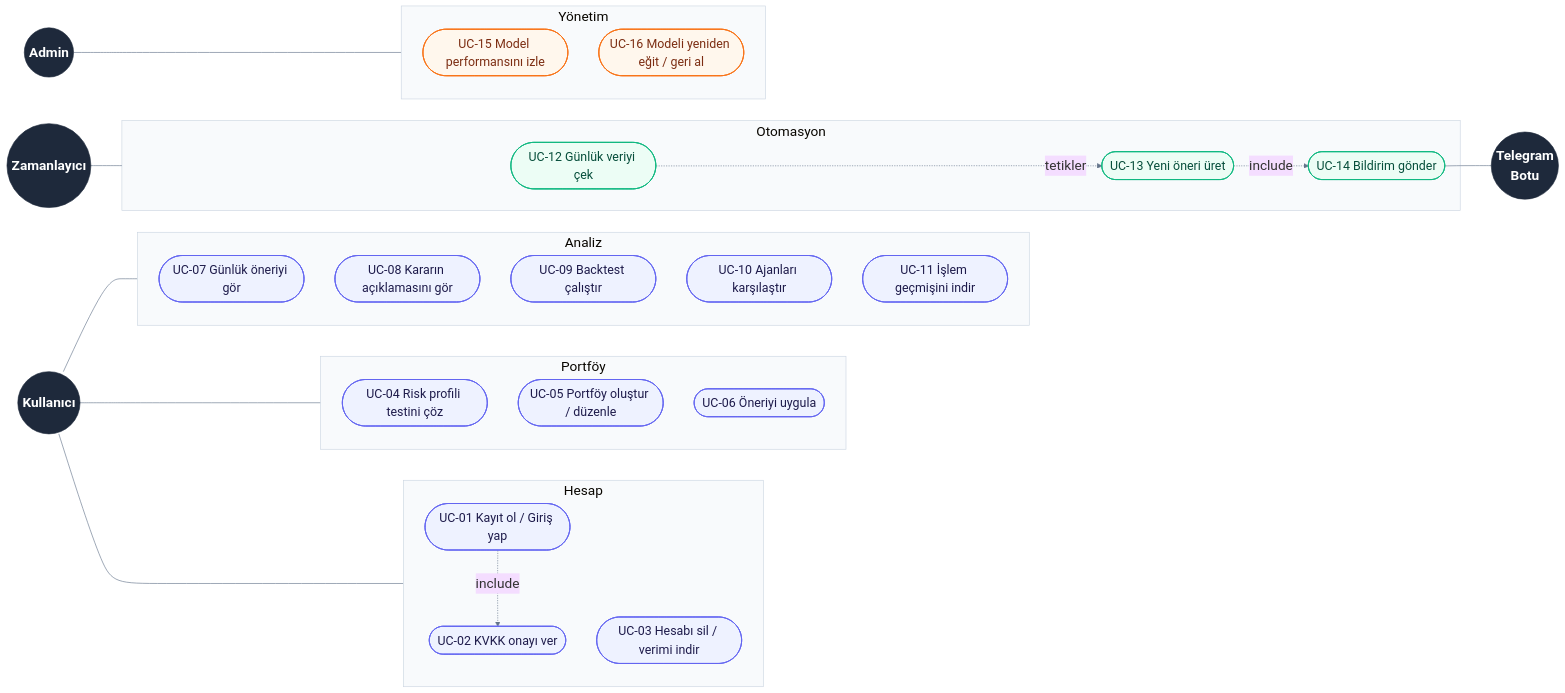
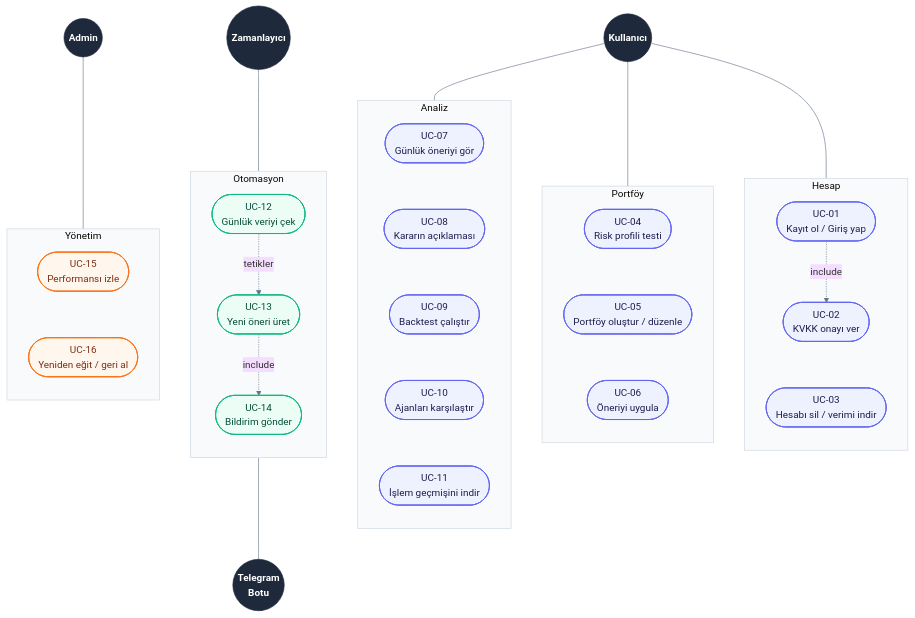
The diagram in docs/diagrams/use_case.md (isambais/portfoyai), drawn with Mermaid before and after one commit.

Commit message:
docs: make use case diagram compact

````diff
--- a/docs/diagrams/use_case.md
+++ b/docs/diagrams/use_case.md
@@ -9,64 +9,74 @@
 ```mermaid
-%%{init: {'theme':'base', 'themeVariables': {'fontSize':'22px', 'fontFamily':'Arial', 'lineColor':'#64748B', 'clusterBkg':'#F8FAFC', 'clusterBorder':'#CBD5E1'}}}%%
-flowchart LR
-    %% ================= AKTÖRLER =================
+%%{init: {'theme':'base', 'themeVariables': {'fontFamily':'Arial', 'lineColor':'#64748B', 'clusterBkg':'#F8FAFC', 'clusterBorder':'#CBD5E1'}}}%%
+flowchart TB
+    %% ================= AKTÖRLER (üst sıra) =================
     U((Kullanıcı))
     Z((Zamanlayıcı))
     A((Admin))
+
+    %% ================= GRUPLAR (alt sıra, yan yana) =================
+    subgraph G1[Hesap]
+        direction TB
+        UC01([UC-01<br/>Kayıt ol / Giriş yap])
+        UC02([UC-02<br/>KVKK onayı ver])
+        UC03([UC-03<br/>Hesabı sil / verimi indir])
+    end
+
+    subgraph G2[Portföy]
+        direction TB
+        UC04([UC-04<br/>Risk profili testi])
+        UC05([UC-05<br/>Portföy oluştur / düzenle])
+        UC06([UC-06<br/>Öneriyi uygula])
+    end
+
+    subgraph G3[Analiz]
+        direction TB
+        UC07([UC-07<br/>Günlük öneriyi gör])
+        UC08([UC-08<br/>Kararın açıklaması])
+        UC09([UC-09<br/>Backtest çalıştır])
+        UC10([UC-10<br/>Ajanları karşılaştır])
+        UC11([UC-11<br/>İşlem geçmişini indir])
+    end
+
+    subgraph G4[Otomasyon]
+        direction TB
+        UC12([UC-12<br/>Günlük veriyi çek])
+        UC13([UC-13<br/>Yeni öneri üret])
+        UC14([UC-14<br/>Bildirim gönder])
+    end
+
+    subgraph G5[Yönetim]
+        direction TB
+        UC15([UC-15<br/>Performansı izle])
+        UC16([UC-16<br/>Yeniden eğit / geri al])
+    end
+
     T((Telegram<br/>Botu))
 
-    %% ================= SİSTEM (gruplar) =================
-        subgraph G1[" Hesap "]
-            UC01([UC-01 Kayıt ol / Giriş yap])
-            UC02([UC-02 KVKK onayı ver])
-            UC03([UC-03 Hesabı sil / verimi indir])
-        end
-
-        subgraph G2[" Portföy "]
-            UC04([UC-04 Risk profili testini çöz])
-            UC05([UC-05 Portföy oluştur / düzenle])
-            UC06([UC-06 Öneriyi uygula])
-        end
-
-        subgraph G3[" Analiz "]
-            UC07([UC-07 Günlük öneriyi gör])
-            UC08([UC-08 Kararın açıklamasını gör])
-            UC09([UC-09 Backtest çalıştır])
-            UC10([UC-10 Ajanları karşılaştır])
-            UC11([UC-11 İşlem geçmişini indir])
-        end
-
-        subgraph G4[" Otomasyon "]
-            UC12([UC-12 Günlük veriyi çek])
-            UC13([UC-13 Yeni öneri üret])
-            UC14([UC-14 Bildirim gönder])
-        end
-
-        subgraph G5[" Yönetim "]
-            UC15([UC-15 Model performansını izle])
-            UC16([UC-16 Modeli yeniden eğit / geri al])
-        end
-
     %% ================= BAĞLANTILAR =================
-    U --- G1
-    U --- G2
-    U --- G3
+    U --- G1 & G2 & G3
     Z --- G4
     A --- G5
-    UC14 --- T
+    G4 --- T
+
+    %% görünmez bağlantılar: grup içindeki kutuları alt alta dizer
+    UC02 ~~~ UC03
+    UC04 ~~~ UC05 ~~~ UC06
+    UC07 ~~~ UC08 ~~~ UC09 ~~~ UC10 ~~~ UC11
+    UC15 ~~~ UC16
 
     UC01 -. include .-> UC02
     UC12 -. tetikler .-> UC13
     UC13 -. include .-> UC14
 
     %% ================= STİL =================
-    classDef actor fill:#1E293B,stroke:#1E293B,color:#FFFFFF,font-weight:bold,font-size:22px
-    classDef uc fill:#EEF2FF,stroke:#6366F1,stroke-width:1.5px,color:#1E1B4B,font-size:20px
-    classDef auto fill:#ECFDF5,stroke:#10B981,stroke-width:1.5px,color:#064E3B,font-size:20px
-    classDef admin fill:#FFF7ED,stroke:#F97316,stroke-width:1.5px,color:#7C2D12,font-size:20px
+    classDef actor fill:#1E293B,stroke:#1E293B,color:#FFFFFF,font-weight:bold
+    classDef uc fill:#EEF2FF,stroke:#6366F1,stroke-width:1.5px,color:#1E1B4B
+    classDef auto fill:#ECFDF5,stroke:#10B981,stroke-width:1.5px,color:#064E3B
+    classDef admin fill:#FFF7ED,stroke:#F97316,stroke-width:1.5px,color:#7C2D12
 
     class U,Z,A,T actor
     class UC01,UC02,UC03,UC04,UC05,UC06,UC07,UC08,UC09,UC10,UC11 uc
     class UC12,UC13,UC14 auto
     class UC15,UC16 admin
 ```
````
